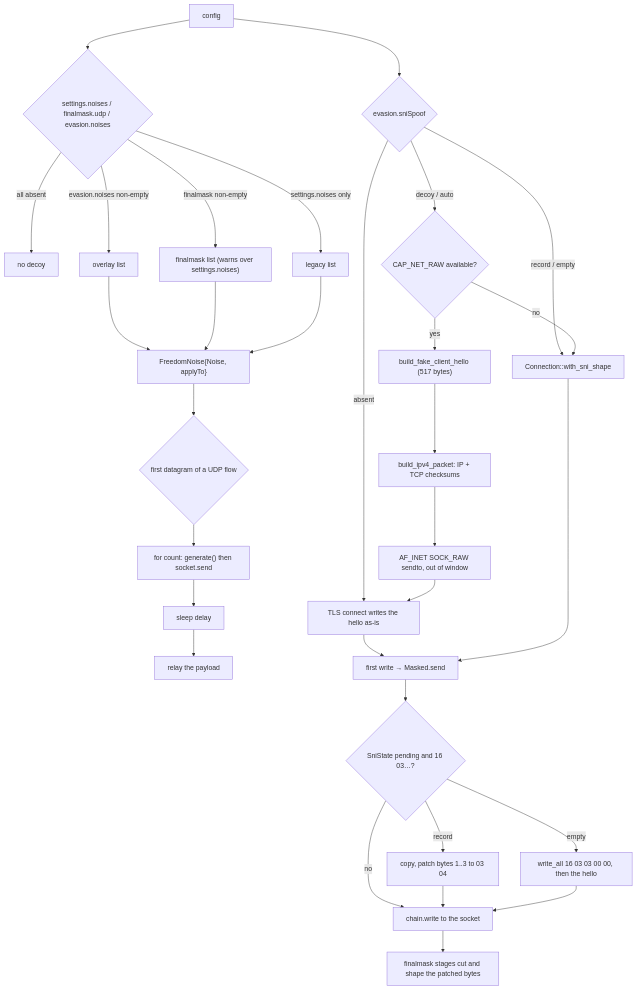
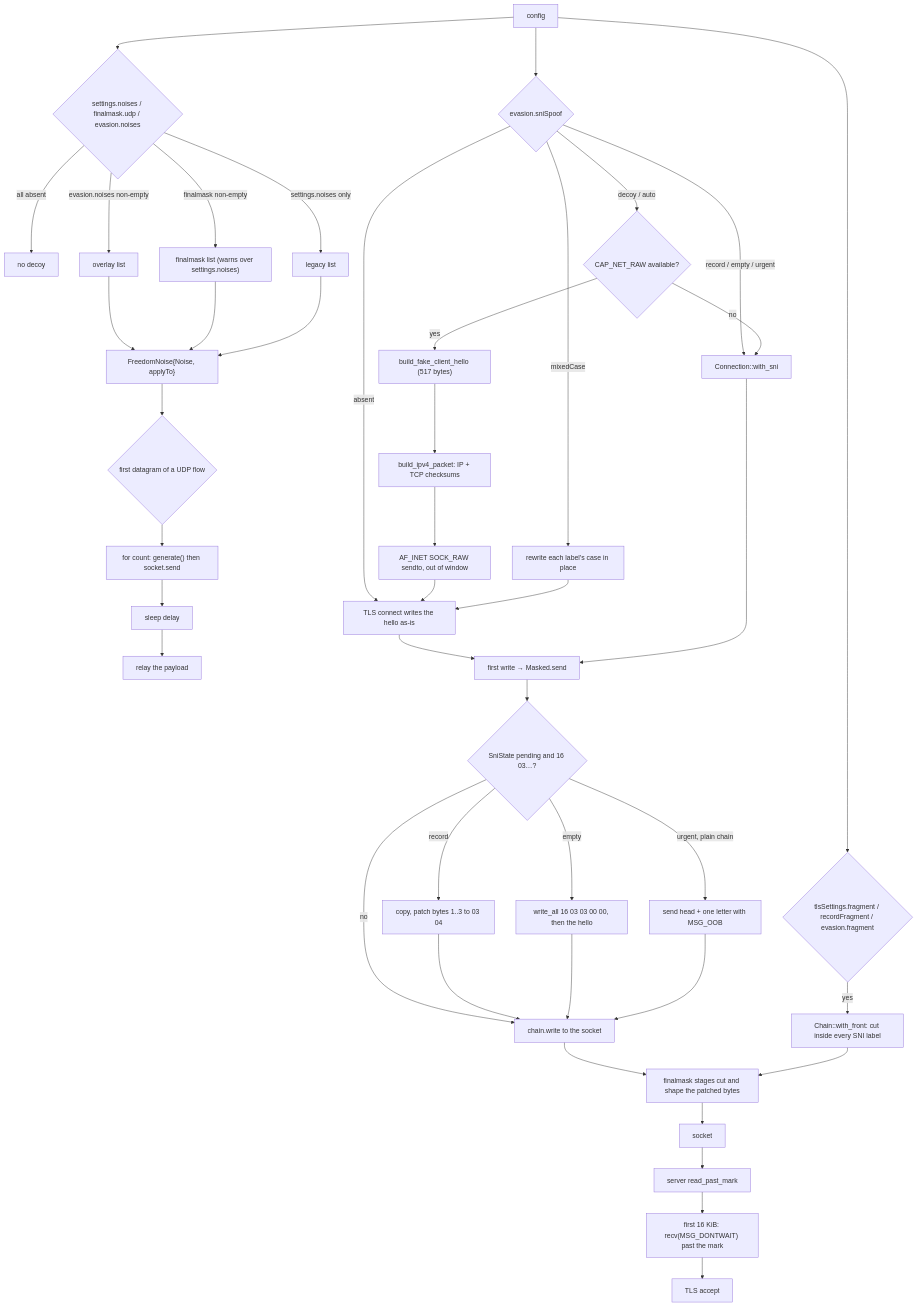
Before and after one commit to ferroxdev/ferrox: the diagram in docs/function/obfs-evasion.md, drawn with Mermaid. The commit also changed other lines of this file and 9 other files, not shown here.

Commit message:
app: shape TCP/TLS evasion with fragment, urgent and mixed-case SNI

````diff
--- a/docs/function/obfs-evasion.md
+++ b/docs/function/obfs-evasion.md
@@ -62,33 +106,44 @@
 ```mermaid
 graph TD
     C["config"] --> N{"settings.noises / finalmask.udp / evasion.noises"}
     N -- "all absent" --> Z["no decoy"]
     N -- "evasion.noises non-empty" --> L["overlay list"]
     N -- "finalmask non-empty" --> M["finalmask list (warns over settings.noises)"]
     N -- "settings.noises only" --> G["legacy list"]
     L --> P["FreedomNoise{Noise, applyTo}"]
     M --> P
     G --> P
     P --> W{"first datagram of a UDP flow"}
     W --> Q["for count: generate() then socket.send"]
     Q --> D["sleep delay"]
     D --> R["relay the payload"]
     C --> S{"evasion.sniSpoof"}
     S -- absent --> H["TLS connect writes the hello as-is"]
-    S -- "record / empty" --> A["Connection::with_sni_shape"]
+    S -- "mixedCase" --> MC["rewrite each label's case in place"]
+    S -- "record / empty / urgent" --> A["Connection::with_sni"]
     S -- "decoy / auto" --> I{"CAP_NET_RAW available?"}
     I -- yes --> J["build_fake_client_hello (517 bytes)"]
     J --> K["build_ipv4_packet: IP + TCP checksums"]
     K --> X["AF_INET SOCK_RAW sendto, out of window"]
     X --> H
     I -- no --> A
+    MC --> H
     H --> W2["first write → Masked.send"]
     A --> W2
     W2 --> SH{"SniState pending and 16 03…?"}
     SH -- record --> RV["copy, patch bytes 1..3 to 03 04"]
     SH -- empty --> ER["write_all 16 03 03 00 00, then the hello"]
+    SH -- "urgent, plain chain" --> UO["send head + one letter with MSG_OOB"]
     SH -- no --> PL["chain.write to the socket"]
     RV --> PL
     ER --> PL
+    UO --> PL
     PL --> FX["finalmask stages cut and shape the patched bytes"]
+    C --> F{"tlsSettings.fragment / recordFragment / evasion.fragment"}
+    F -- yes --> FR["Chain::with_front: cut inside every SNI label"]
+    FR --> FX
+    FX --> socket["socket"]
+    socket --> SV["server read_past_mark"]
+    SV --> DR["first 16 KiB: recv(MSG_DONTWAIT) past the mark"]
+    DR --> TL["TLS accept"]
 ```
````
